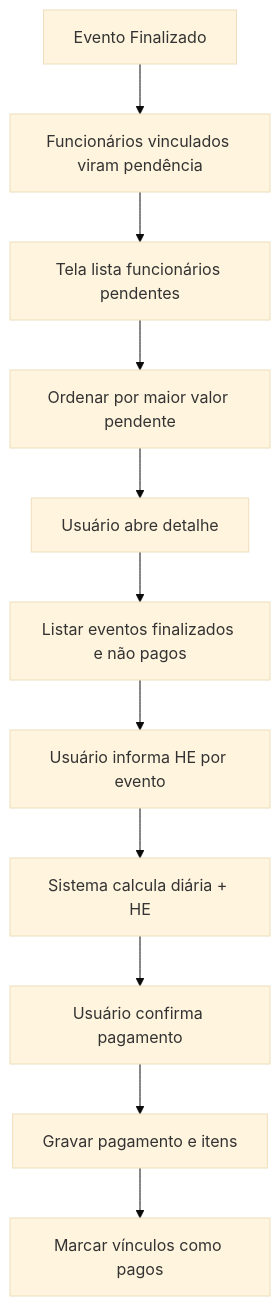
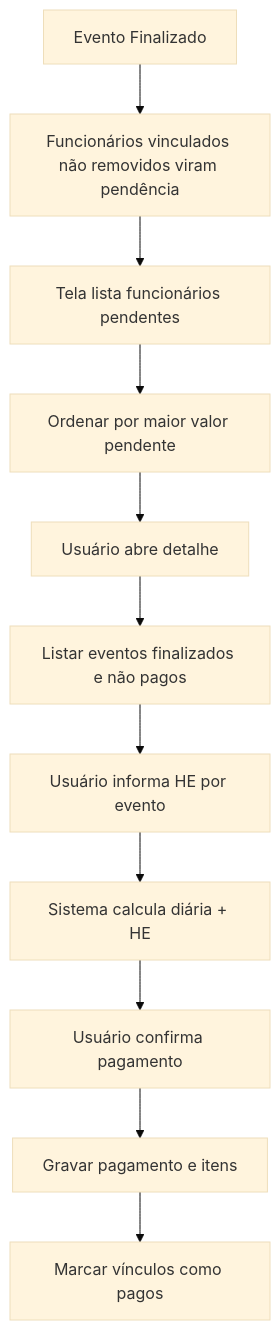
The sixth of 6 diagrams in docs/modelagem/fluxos.md (AntonioNetoOl/tag-gestao-seguranca), drawn with Mermaid (base theme) before and after one commit. The commit also changed other lines of this file, not shown here.

````diff
--- a/docs/modelagem/fluxos.md
+++ b/docs/modelagem/fluxos.md
@@ -38,13 +104,13 @@
 ```mermaid
 flowchart TD
-    A[Evento Finalizado] --> B[Funcionários vinculados viram pendência]
+    A[Evento Finalizado] --> B[Funcionários vinculados não removidos viram pendência]
     B --> C[Tela lista funcionários pendentes]
     C --> D[Ordenar por maior valor pendente]
     D --> E[Usuário abre detalhe]
     E --> F[Listar eventos finalizados e não pagos]
     F --> G[Usuário informa HE por evento]
     G --> H[Sistema calcula diária + HE]
     H --> I[Usuário confirma pagamento]
     I --> J[Gravar pagamento e itens]
     J --> K[Marcar vínculos como pagos]
 ```
````
